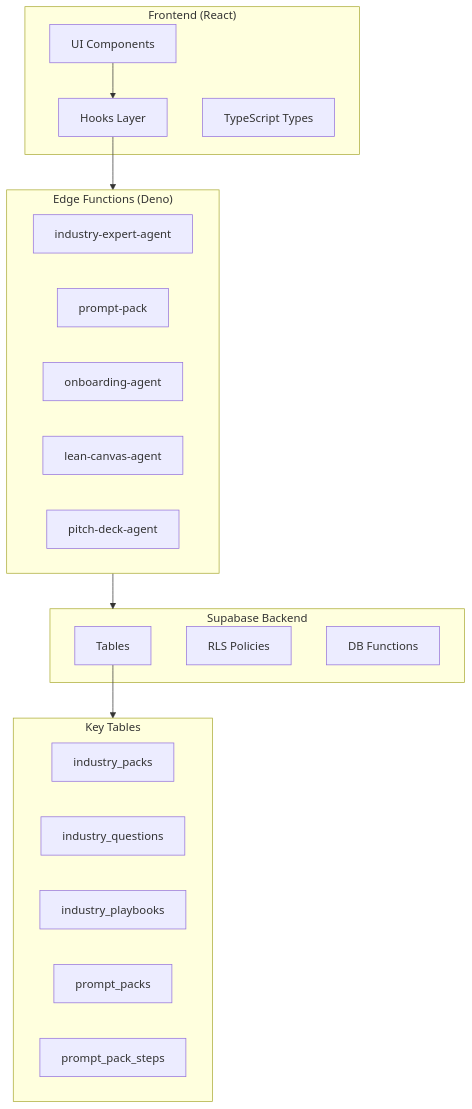
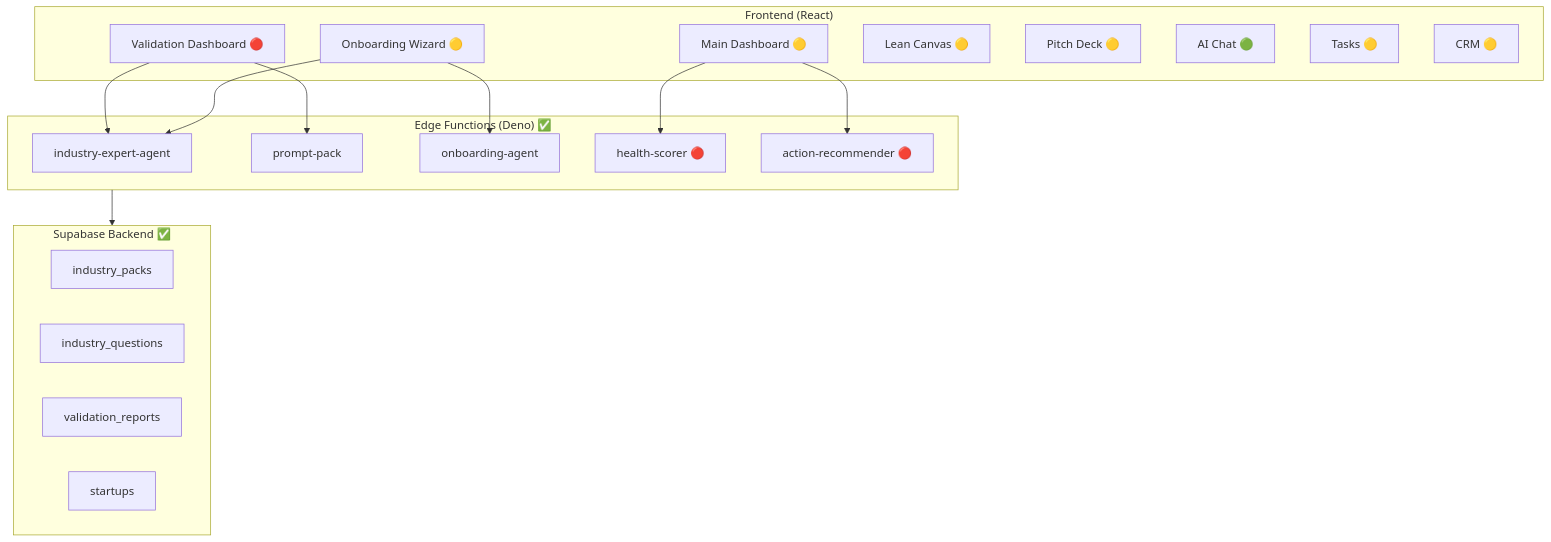
One commit to amo-tech-ai/rocket-path-ai changed the first of 2 diagrams in docs/tasks/01-playbooks/00-progress-tracker.md. Above: the diagram before and after it, drawn with Mermaid. The commit also changed other lines of this file and 5 other files, not shown here.

````diff
--- a/docs/tasks/01-playbooks/00-progress-tracker.md
+++ b/docs/tasks/01-playbooks/00-progress-tracker.md
@@ -37,36 +99,36 @@
 ```mermaid
 flowchart TB
     subgraph Frontend["Frontend (React)"]
-        UI["UI Components"]
-        Hooks["Hooks Layer"]
-        Types["TypeScript Types"]
+        OW["Onboarding Wizard 🟡"]
+        MD["Main Dashboard 🟡"]
+        VD["Validation Dashboard 🔴"]
+        LC["Lean Canvas 🟡"]
+        PD["Pitch Deck 🟡"]
+        AC["AI Chat 🟢"]
+        TM["Tasks 🟡"]
+        CRM["CRM 🟡"]
     end
     
-    subgraph EdgeFunctions["Edge Functions (Deno)"]
+    subgraph EdgeFunctions["Edge Functions (Deno) ✅"]
         IEA["industry-expert-agent"]
         PP["prompt-pack"]
         OA["onboarding-agent"]
-        LCA["lean-canvas-agent"]
-        PDA["pitch-deck-agent"]
+        HS["health-scorer 🔴"]
+        AR["action-recommender 🔴"]
     end
     
-    subgraph Supabase["Supabase Backend"]
-        Tables["Tables"]
-        RLS["RLS Policies"]
-        Functions["DB Functions"]
+    subgraph Supabase["Supabase Backend ✅"]
+        IP["industry_packs"]
+        IQ["industry_questions"]
+        VR["validation_reports"]
+        ST["startups"]
     end
     
-    UI --> Hooks
-    Hooks --> EdgeFunctions
+    OW --> OA
+    OW --> IEA
+    MD --> HS
+    MD --> AR
+    VD --> PP
+    VD --> IEA
     EdgeFunctions --> Supabase
-    
-    subgraph TablesList["Key Tables"]
-        IP["industry_packs"]
-        IQ["industry_questions"]
-        IPB["industry_playbooks"]
-        PPS["prompt_packs"]
-        PPST["prompt_pack_steps"]
-    end
-    
-    Tables --> TablesList
 ```
````
